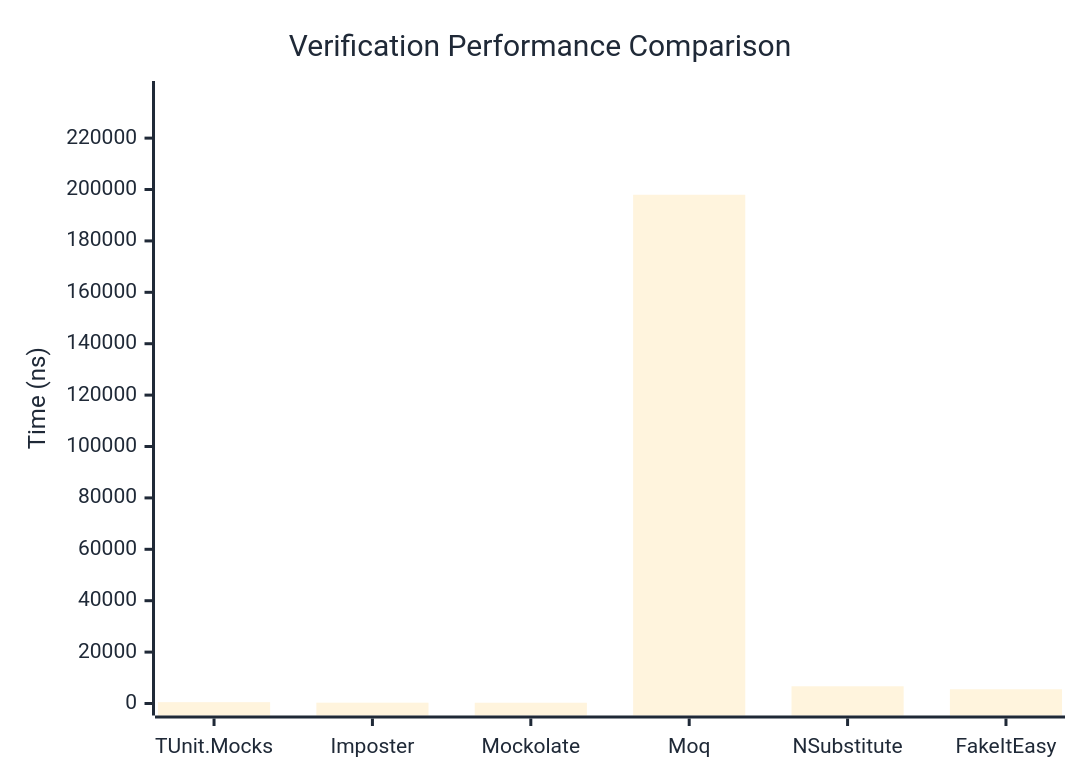
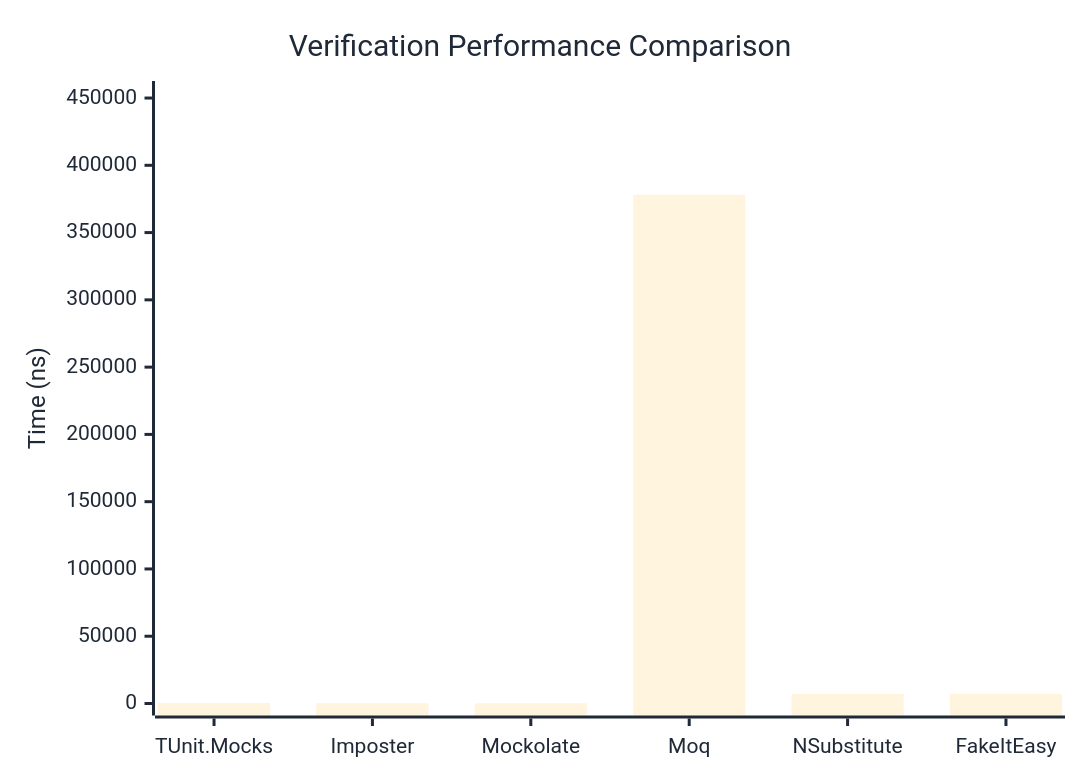
Before and after one commit to thomhurst/TUnit: the first of 3 diagrams in docs/docs/benchmarks/mocks/Verification.md, drawn with Mermaid. The commit also changed other lines of this file and 14 other files, not shown here.

````diff
--- a/docs/docs/benchmarks/mocks/Verification.md
+++ b/docs/docs/benchmarks/mocks/Verification.md
@@ -30,27 +30,27 @@
 ```mermaid
 %%{init: {
   'theme':'base',
   'themeVariables': {
     'primaryColor': '#2563eb',
     'primaryTextColor': '#1f2937',
     'primaryBorderColor': '#1e40af',
     'lineColor': '#6b7280',
     'secondaryColor': '#7c3aed',
     'tertiaryColor': '#dc2626',
     'background': '#ffffff',
     'pie1': '#2563eb',
     'pie2': '#7c3aed',
     'pie3': '#dc2626',
     'pie4': '#f59e0b',
     'pie5': '#10b981',
     'pie6': '#06b6d4',
     'pie7': '#ec4899',
     'pie8': '#6366f1'
   }
 }}%%
 xychart-beta
   title "Verification Performance Comparison"
   x-axis ["TUnit.Mocks", "Imposter", "Mockolate", "Moq", "NSubstitute", "FakeItEasy"]
-  y-axis "Time (ns)" 0 --> 237559
-  bar [521.56, 321.04, 293.43, 197965.75, 6705.43, 5539.69]
+  y-axis "Time (ns)" 0 --> 453741
+  bar [488.54, 291.85, 213.71, 378116.74, 7042.47, 7301.3]
 ```
````
